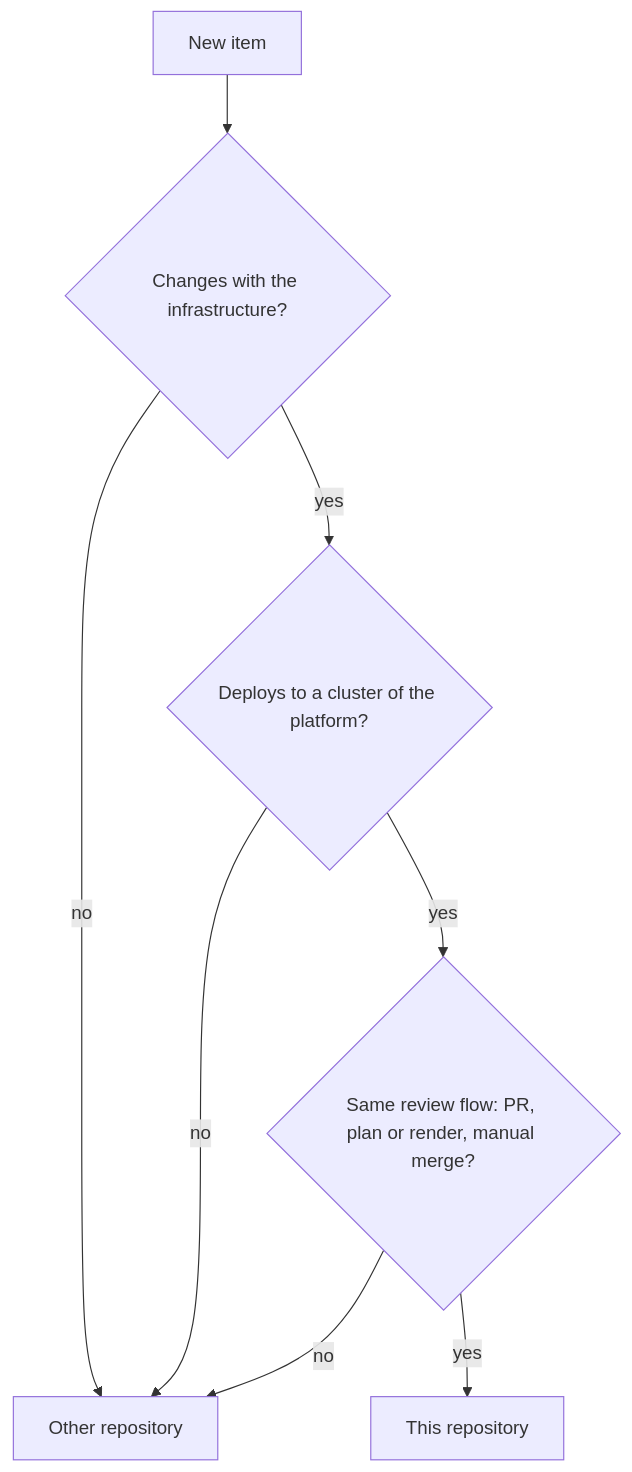
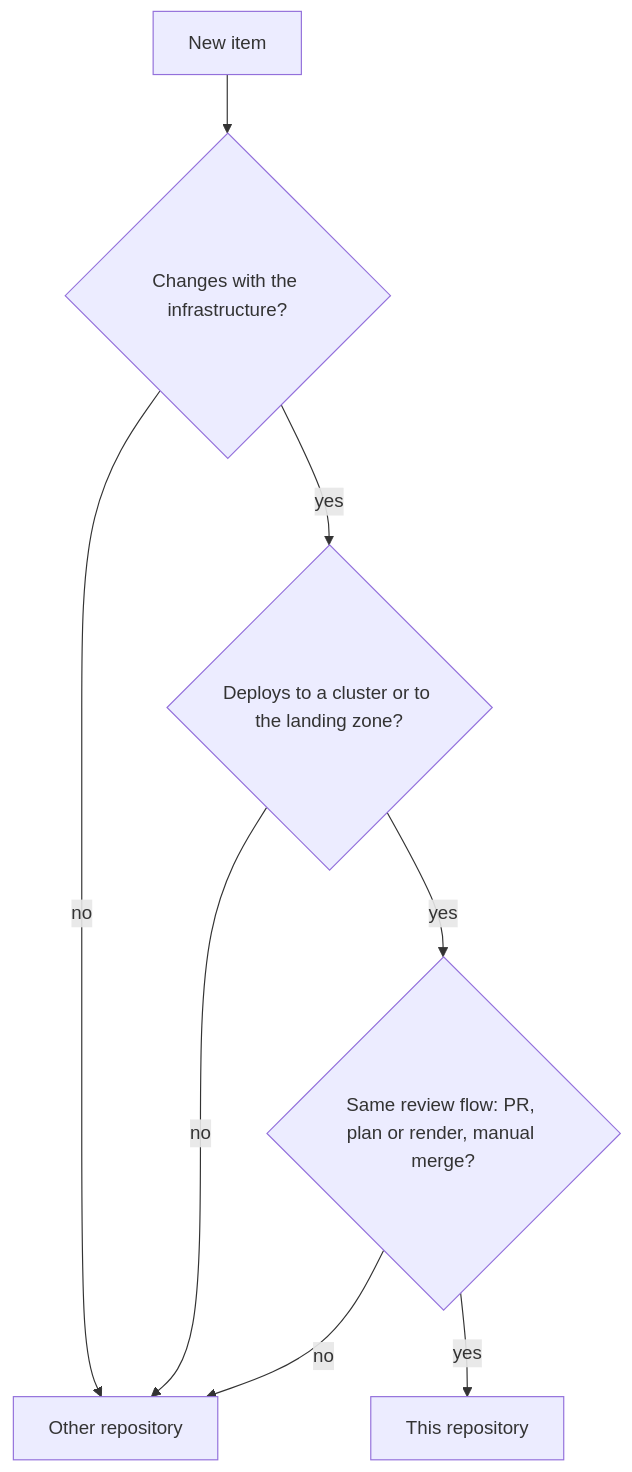
The diagram in docs/explanation/repository-scope.md (gsuquet/homelab), drawn with Mermaid before and after one commit. The commit also changed other lines of this file and 4 other files, not shown here.

````diff
--- a/docs/explanation/repository-scope.md
+++ b/docs/explanation/repository-scope.md
@@ -21,10 +21,10 @@
 ```mermaid
 flowchart TD
     A[New item] --> B{Changes with the infrastructure?}
     B -->|no| X[Other repository]
-    B -->|yes| C{Deploys to a cluster of the platform?}
+    B -->|yes| C{Deploys to a cluster or to the landing zone?}
     C -->|no| X
     C -->|yes| D{Same review flow: PR, plan or render, manual merge?}
     D -->|no| X
     D -->|yes| I[This repository]
 ```
````
